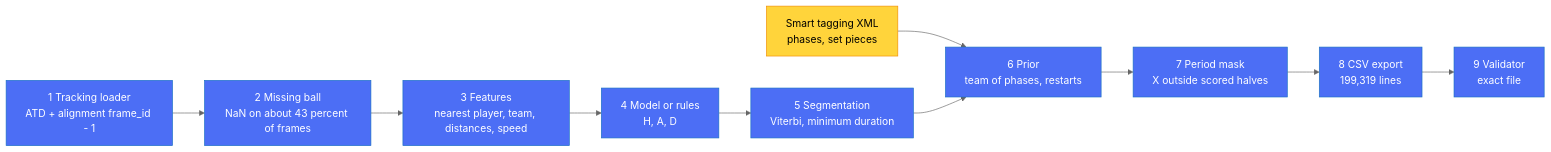
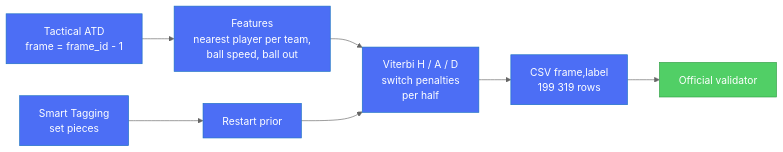
Before and after one commit to ArenaHackhaton/Arena: the first of 2 diagrams in README.md, drawn with Mermaid (neutral theme). The commit also changed other lines of this file and 4 other files, not shown here.

````diff
--- a/README.md
+++ b/README.md
@@ -170,16 +38,13 @@
 ```mermaid
 flowchart LR
-  A["1 Tracking loader<br/>ATD + alignment frame_id - 1"] --> B["2 Missing ball<br/>NaN on about 43 percent of frames"]
-  B --> C["3 Features<br/>nearest player, team, distances, speed"]
-  C --> D["4 Model or rules<br/>H, A, D"]
-  D --> E["5 Segmentation<br/>Viterbi, minimum duration"]
-  F["Smart tagging XML<br/>phases, set pieces"] --> G
-  E --> G["6 Prior<br/>team of phases, restarts"]
-  G --> H["7 Period mask<br/>X outside scored halves"]
-  H --> I["8 CSV export<br/>199,319 lines"]
-  I --> J["9 Validator<br/>exact file"]
-  classDef process fill:#4c6ef5,stroke:#1971c2,color:#fff
-  classDef pending fill:#ffd43b,stroke:#f08c00,color:#000
-  class A,B,C,D,E,G,H,I,J process
-  class F pending
+    A[Tactical ATD<br/>frame = frame_id - 1] --> B[Features<br/>nearest player per team,<br/>ball speed, ball out]
+    S[Smart Tagging<br/>set pieces] --> P[Restart prior]
+    B --> V[Viterbi H / A / D<br/>switch penalties<br/>per half]
+    P --> V
+    V --> C[CSV frame,label<br/>199 319 rows]
+    C --> W[Official validator]
+    classDef step fill:#4c6ef5,stroke:#1971c2,color:#fff;
+    classDef ok fill:#51cf66,stroke:#2f9e44,color:#fff;
+    class A,B,S,P,V,C step;
+    class W ok;
 ```
````
